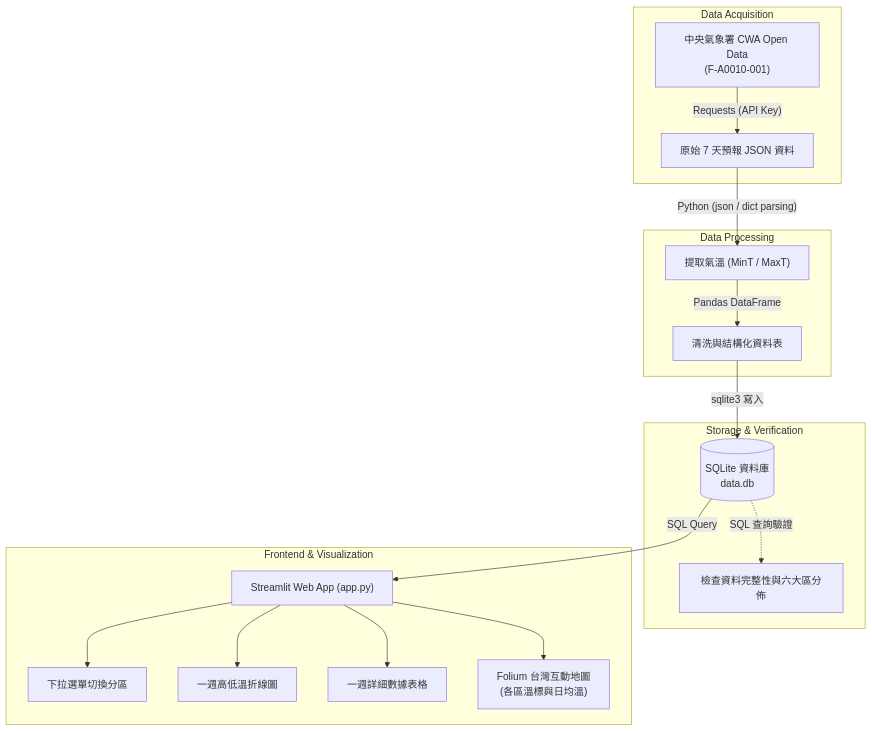
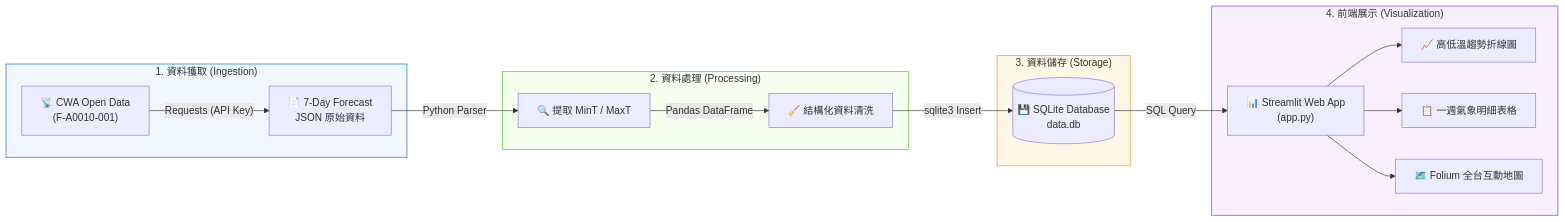
The diagram in README.md (jiwawa1006/CWA), drawn with Mermaid before and after one commit. The commit also changed other lines of this file and 1 other file, not shown here.

````diff
--- a/README.md
+++ b/README.md
@@ -45,24 +36,27 @@
 ```mermaid
-flowchart TD
-    subgraph Data Acquisition
-        A1["中央氣象署 CWA Open Data<br/>(F-A0010-001)"] -->|"Requests (API Key)"| A2["原始 7 天預報 JSON 資料"]
+flowchart LR
+    subgraph S1["1. 資料獲取 (Ingestion)"]
+        API["📡 CWA Open Data<br/>(F-A0010-001)"] -->|"Requests (API Key)"| JSON["📄 7-Day Forecast<br/>JSON 原始資料"]
     end
 
-    subgraph Data Processing
-        A2 -->|"Python (json / dict parsing)"| B1["提取氣溫 (MinT / MaxT)"]
-        B1 -->|"Pandas DataFrame"| B2["清洗與結構化資料表"]
+    subgraph S2["2. 資料處理 (Processing)"]
+        JSON -->|"Python Parser"| EXT["🔍 提取 MinT / MaxT"]
+        EXT -->|"Pandas DataFrame"| CLEAN["🧹 結構化資料清洗"]
     end
 
-    subgraph Storage & Verification
-        B2 -->|"sqlite3 寫入"| C1[("SQLite 資料庫<br/>data.db")]
-        C1 -.->|"SQL 查詢驗證"| C2["檢查資料完整性與六大區分佈"]
+    subgraph S3["3. 資料儲存 (Storage)"]
+        CLEAN -->|"sqlite3 Insert"| DB[("💾 SQLite Database<br/>data.db")]
     end
 
-    subgraph Frontend & Visualization
-        C1 -->|"SQL Query"| D1["Streamlit Web App (app.py)"]
-        D1 --> E1["下拉選單切換分區"]
-        D1 --> E2["一週高低溫折線圖"]
-        D1 --> E3["一週詳細數據表格"]
-        D1 --> E4["Folium 台灣互動地圖<br/>(各區溫標與日均溫)"]
+    subgraph S4["4. 前端展示 (Visualization)"]
+        DB -->|"SQL Query"| APP["📊 Streamlit Web App<br/>(app.py)"]
+        APP --> V1["📈 高低溫趨勢折線圖"]
+        APP --> V2["📋 一週氣象明細表格"]
+        APP --> V3["🗺️ Folium 全台互動地圖"]
     end
+
+    style S1 fill:#f0f7ff,stroke:#0066cc,stroke-width:1px
+    style S2 fill:#f6ffed,stroke:#52c41a,stroke-width:1px
+    style S3 fill:#fff7e6,stroke:#fa8c16,stroke-width:1px
+    style S4 fill:#f9f0ff,stroke:#722ed1,stroke-width:1px
 ```
````
